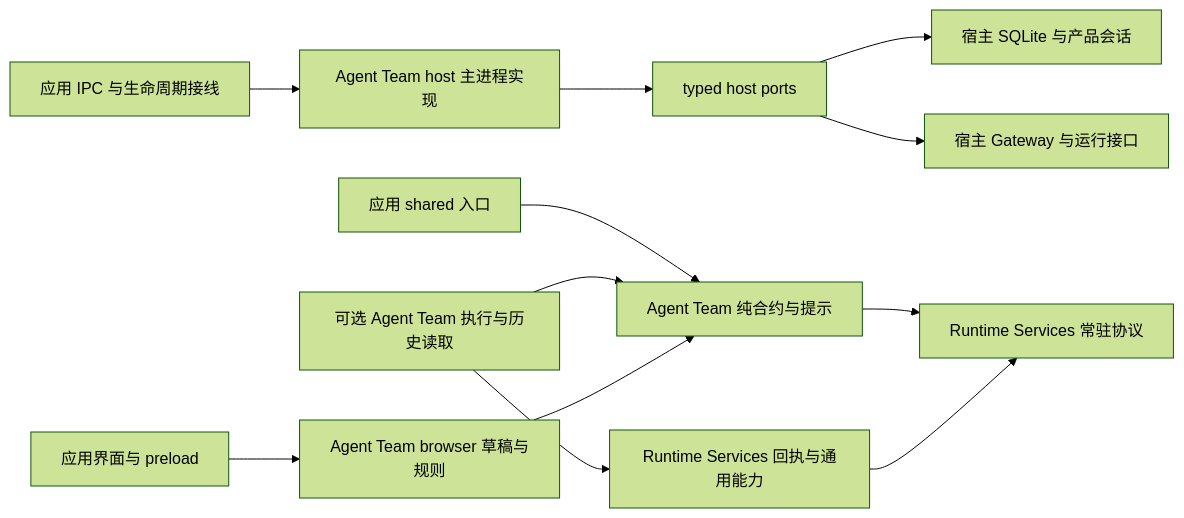
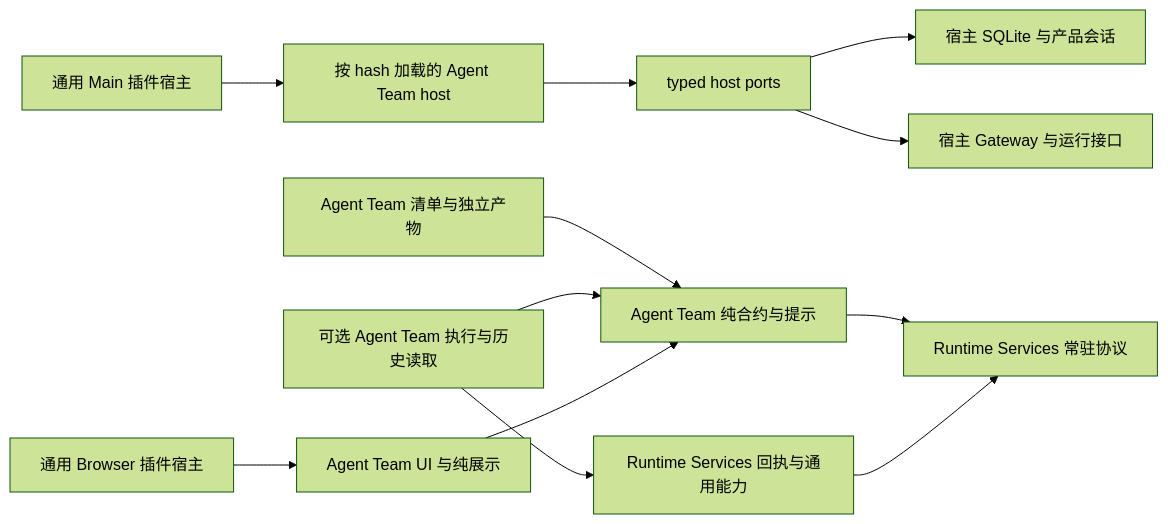
One commit to liangxhao/JustDo changed the second of 2 diagrams in docs/features/assistants/agent-team.md. Above: the diagram before and after it, drawn with Mermaid (forest theme). The commit also changed other lines of this file and 535 other files, not shown here.

````diff
--- a/docs/features/assistants/agent-team.md
+++ b/docs/features/assistants/agent-team.md
@@ -293,14 +294,14 @@
 ```mermaid
 flowchart LR
-  App[应用 shared 入口] --> TeamContracts[Agent Team 纯合约与提示]
+  Package[Agent Team 清单与独立产物] --> TeamContracts[Agent Team 纯合约与提示]
   TeamContracts --> RuntimeContracts[Runtime Services 常驻协议]
   Team[可选 Agent Team 执行与历史读取] --> TeamContracts
   Team --> Runtime[Runtime Services 回执与通用能力]
   Runtime --> RuntimeContracts
-  IPC[应用 IPC 与生命周期接线] --> Host[Agent Team host 主进程实现]
+  MainHost[通用 Main 插件宿主] --> Host[按 hash 加载的 Agent Team host]
   Host --> Ports[typed host ports]
   Ports --> Store[宿主 SQLite 与产品会话]
   Ports --> Gateway[宿主 Gateway 与运行接口]
-  Renderer[应用界面与 preload] --> Browser[Agent Team browser 草稿与规则]
+  BrowserHost[通用 Browser 插件宿主] --> Browser[Agent Team UI 与纯展示]
   Browser --> TeamContracts
 ```
````
